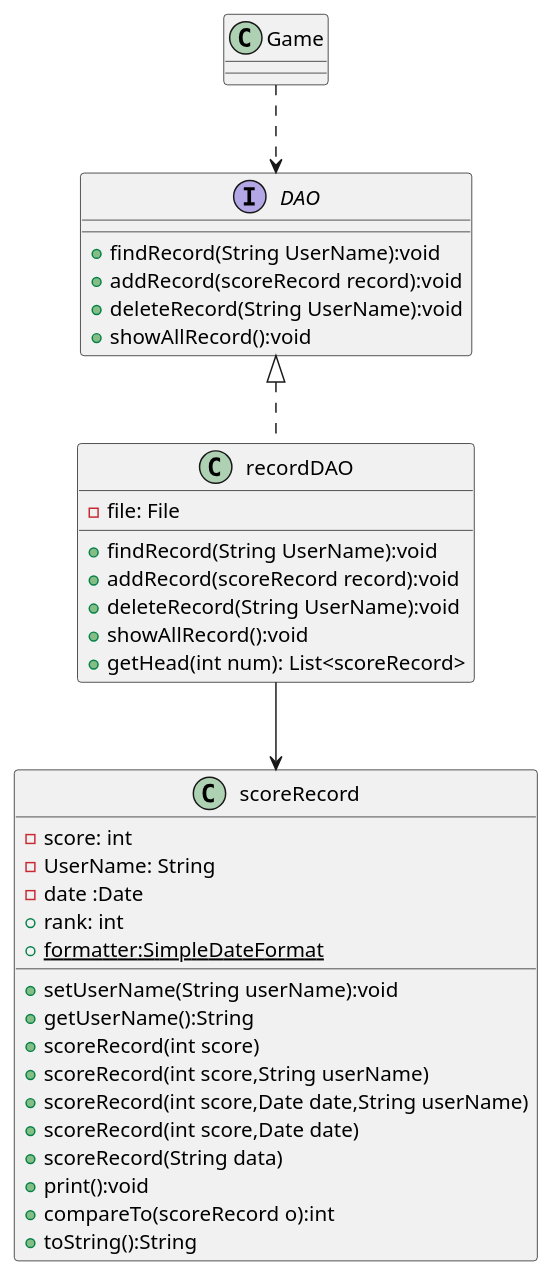
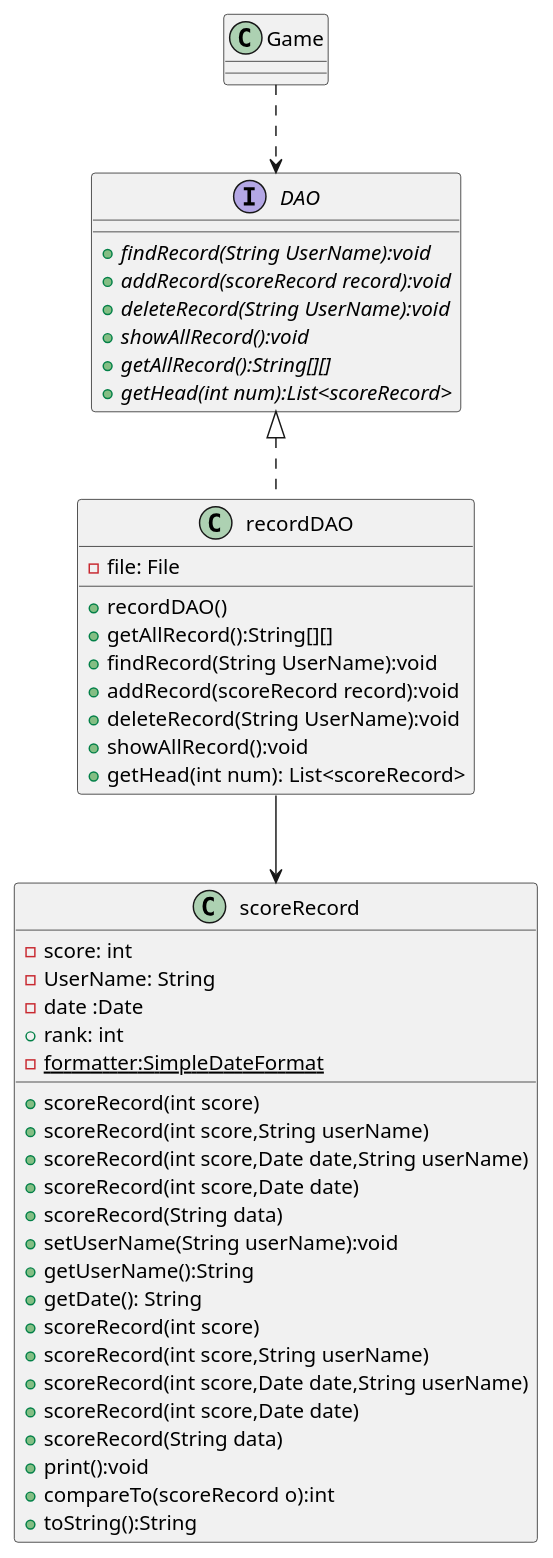
One commit to orchideous1/AircraftWar changed the diagram in uml/DataVisiterMode.puml. Above: the diagram before and after it, drawn with PlantUML. The commit also changed 39 other files, not shown here.

```diff
--- a/uml/DataVisiterMode.puml
+++ b/uml/DataVisiterMode.puml
@@ -1,44 +1,54 @@
 @startuml
 class scoreRecord{
     - score: int
     - UserName: String
     - date :Date
     + rank: int
-    + {static} formatter:SimpleDateFormat
+    - {static} formatter:SimpleDateFormat
 
+    + scoreRecord(int score)
+    + scoreRecord(int score,String userName)
+    + scoreRecord(int score,Date date,String userName)
+    + scoreRecord(int score,Date date)
+    + scoreRecord(String data)
     + setUserName(String userName):void
     + getUserName():String
+    + getDate(): String
     + scoreRecord(int score)
     + scoreRecord(int score,String userName)
     + scoreRecord(int score,Date date,String userName)
     + scoreRecord(int score,Date date)
     + scoreRecord(String data)
     + print():void
     + compareTo(scoreRecord o):int
     + toString():String
 }
 
 interface DAO{
-    + findRecord(String UserName):void
-    + addRecord(scoreRecord record):void
-    + deleteRecord(String UserName):void
-    + showAllRecord():void
+    + {abstract}findRecord(String UserName):void
+    + {abstract}addRecord(scoreRecord record):void
+    + {abstract}deleteRecord(String UserName):void
+    + {abstract}showAllRecord():void
+    + {abstract}getAllRecord():String[][]
+    + {abstract}getHead(int num):List<scoreRecord>
 }
 
 class recordDAO{
     - file: File
+    + recordDAO()
+    + getAllRecord():String[][]
     + findRecord(String UserName):void
     + addRecord(scoreRecord record):void
     + deleteRecord(String UserName):void
     + showAllRecord():void
     + getHead(int num): List<scoreRecord>
 }
 
 DAO <|.. recordDAO
 recordDAO --> scoreRecord
 
 class Game{
 
 }
 Game ..> DAO
 @enduml
```
